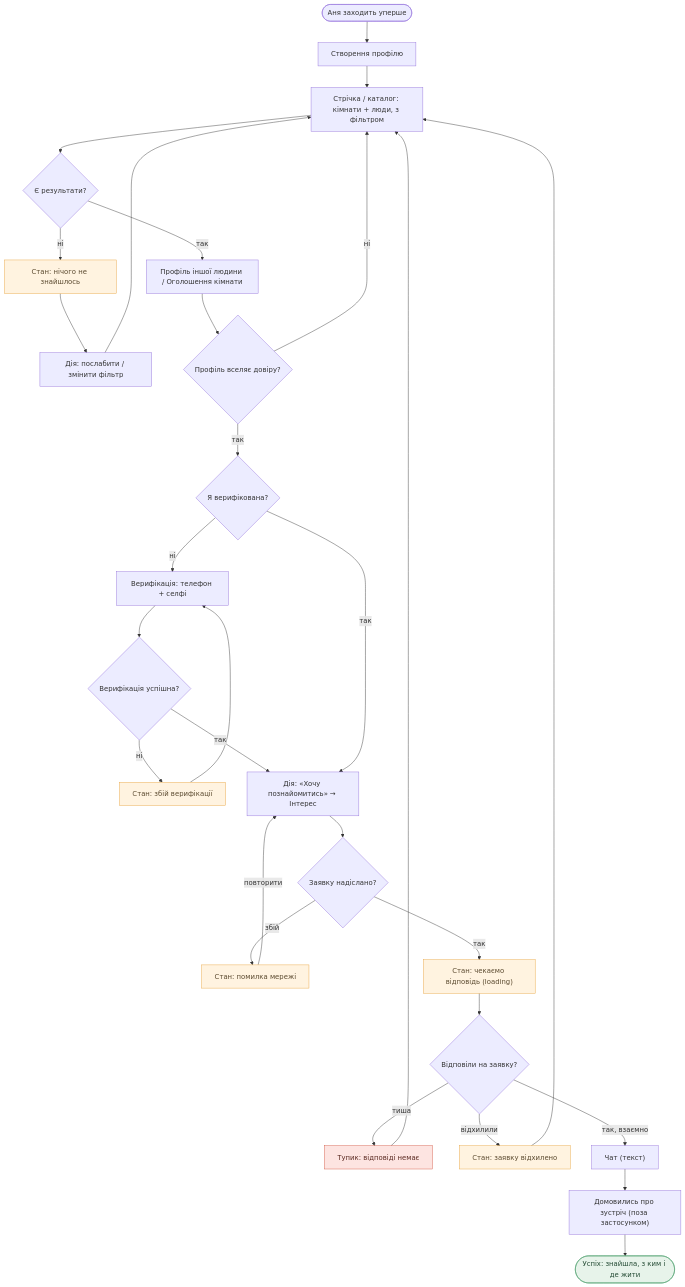
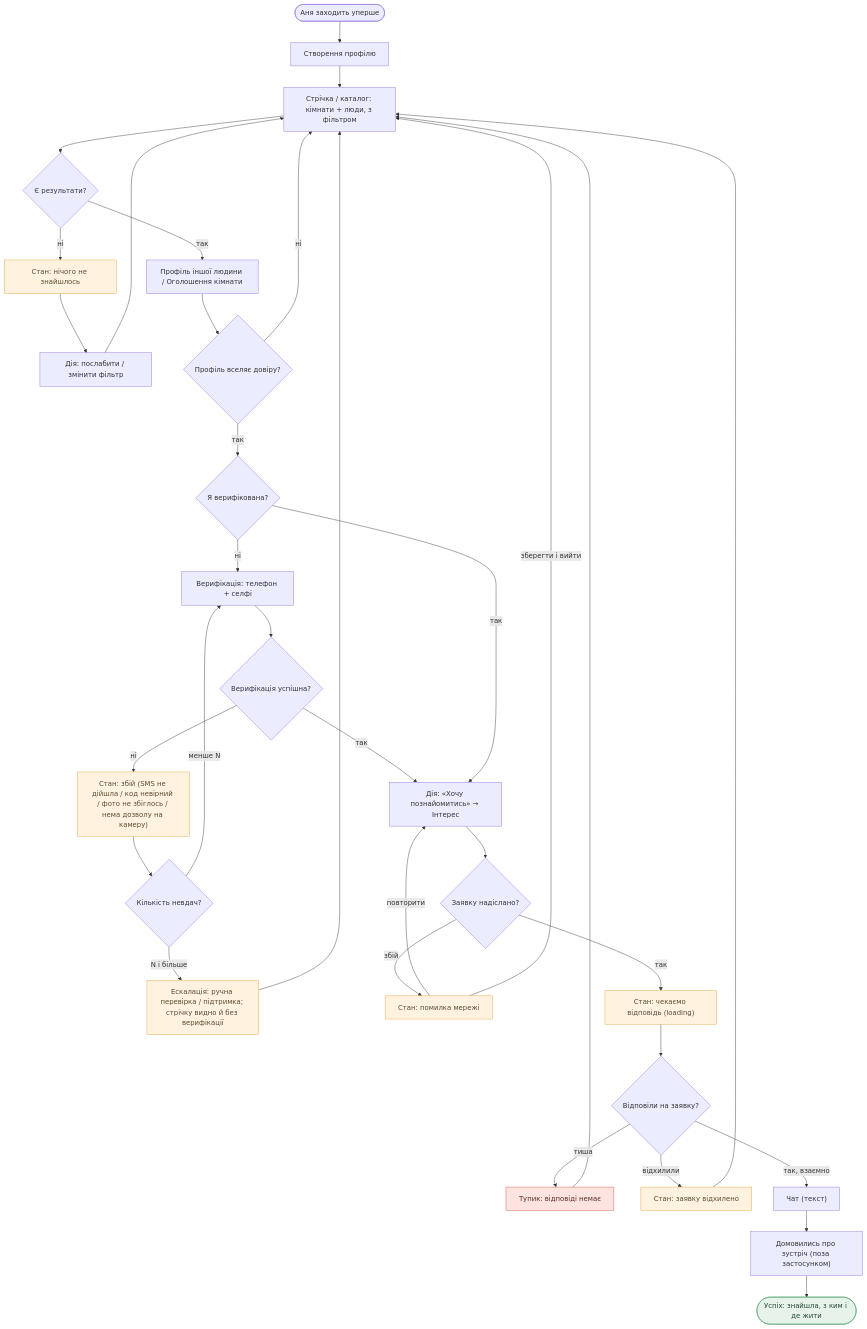
Before and after one commit to denysosadchyi/kutok: the first of 5 diagrams in flows.md, drawn with Mermaid. The commit also changed other lines of this file and 12 other files, not shown here.

````diff
--- a/flows.md
+++ b/flows.md
@@ -21,44 +23,48 @@
 ```mermaid
 flowchart TD
     Start(["Аня заходить уперше"]) --> Create["Створення профілю"]
     Create --> Feed["Стрічка / каталог: кімнати + люди, з фільтром"]
 
     Feed --> Q1{"Є результати?"}
     Q1 -->|ні| Empty["Стан: нічого не знайшлось"]
     Empty --> Loosen["Дія: послабити / змінити фільтр"]
     Loosen --> Feed
     Q1 -->|так| View["Профіль іншої людини / Оголошення кімнати"]
 
     View --> Q2{"Профіль вселяє довіру?"}
     Q2 -->|ні| Feed
     Q2 -->|так| Q3{"Я верифікована?"}
 
     Q3 -->|ні| Verify["Верифікація: телефон + селфі"]
     Verify --> Q4{"Верифікація успішна?"}
-    Q4 -->|ні| VerErr["Стан: збій верифікації"]
-    VerErr --> Verify
+    Q4 -->|ні| VerErr["Стан: збій (SMS не дійшла / код невірний / фото не збіглось / нема дозволу на камеру)"]
+    VerErr --> Q4b{"Кількість невдач?"}
+    Q4b -->|менше N| Verify
+    Q4b -->|N і більше| Esc["Ескалація: ручна перевірка / підтримка; стрічку видно й без верифікації"]
+    Esc --> Feed
     Q4 -->|так| Send
     Q3 -->|так| Send["Дія: «Хочу познайомитись» → Інтерес"]
 
     Send --> Qs{"Заявку надіслано?"}
     Qs -->|збій| NetErr["Стан: помилка мережі"]
     NetErr -->|повторити| Send
+    NetErr -->|зберегти і вийти| Feed
     Qs -->|так| Wait["Стан: чекаємо відповідь (loading)"]
 
     Wait --> Q5{"Відповіли на заявку?"}
     Q5 -->|тиша| Stuck["Тупик: відповіді немає"]
     Q5 -->|відхилили| Rej["Стан: заявку відхилено"]
     Q5 -->|так, взаємно| Chat["Чат (текст)"]
     Rej --> Feed
     Stuck --> Feed
 
     Chat --> Meet["Домовились про зустріч (поза застосунком)"]
     Meet --> Success(["Успіх: знайшла, з ким і де жити"])
 
     classDef state fill:#fff3e0,stroke:#e8a33d,color:#5b4a2f;
     classDef stuck fill:#fde4e1,stroke:#d2553f,color:#5b2a22;
     classDef ok fill:#e7f3ea,stroke:#4a9d6a,color:#234a33;
-    class Empty,VerErr,NetErr,Wait,Rej state;
+    class Empty,VerErr,NetErr,Wait,Rej,Esc state;
     class Stuck stuck;
     class Success ok;
 ```
````
